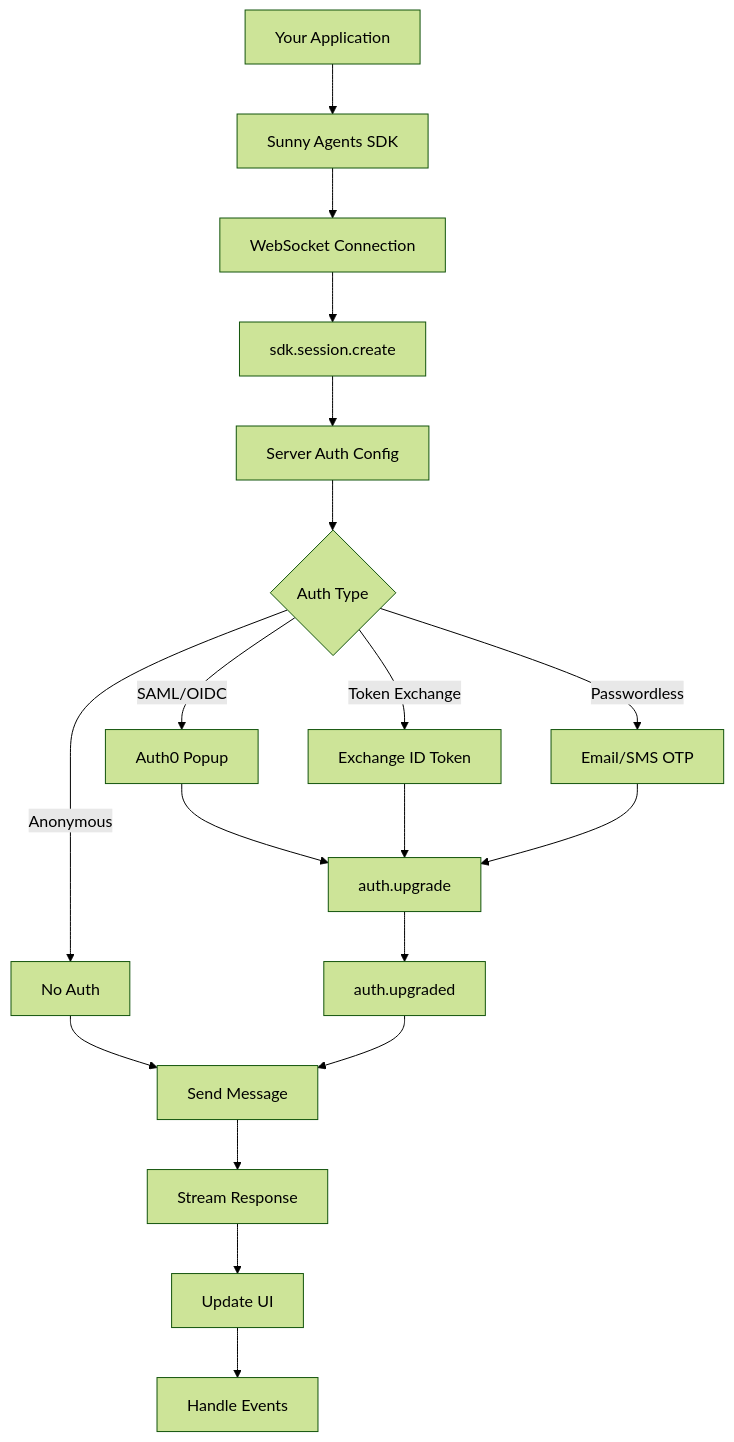
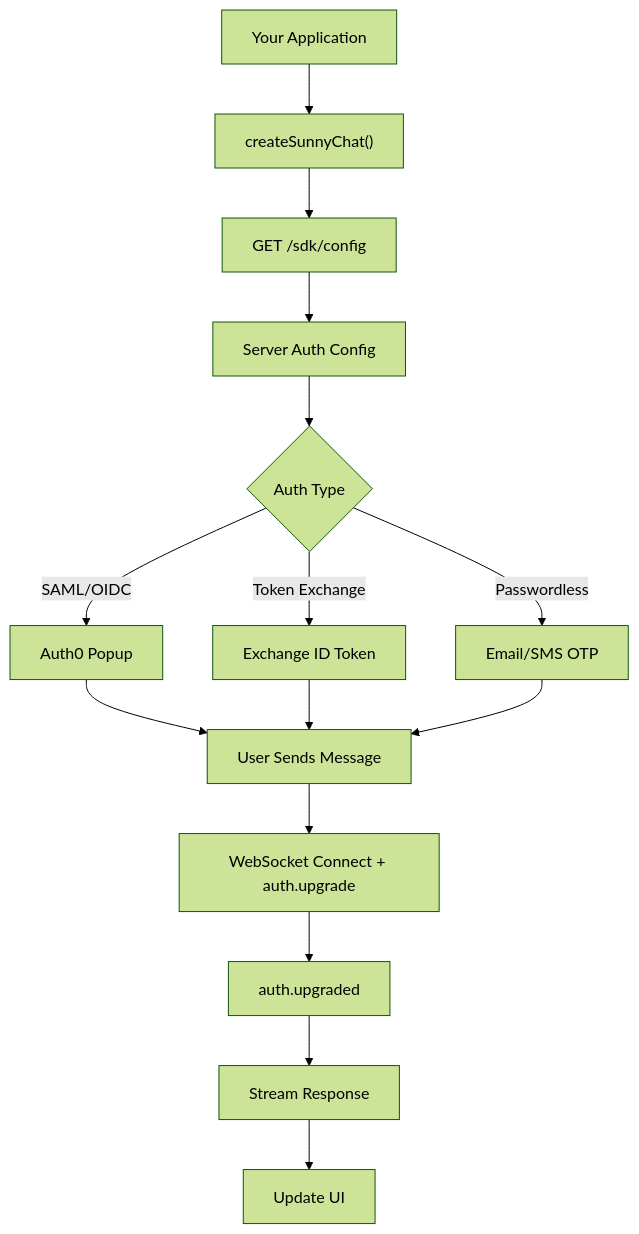
Before and after one commit to sunnyhealthai/docs: the diagram in fern/docs/pages/get-started/overview.mdx, drawn with Mermaid (forest theme). The commit also changed other lines of this file and 18 other files, not shown here.

````diff
--- a/fern/docs/pages/get-started/overview.mdx
+++ b/fern/docs/pages/get-started/overview.mdx
@@ -56,24 +54,20 @@
 ```mermaid
 graph TD
-    A[Your Application] --> B[Sunny Agents SDK]
-    B --> C[WebSocket Connection]
-    C --> D[sdk.session.create]
-    D --> E[Server Auth Config]
-    
-    E --> F{Auth Type}
-    F -->|SAML/OIDC| G[Auth0 Popup]
-    F -->|Token Exchange| H[Exchange ID Token]
-    F -->|Passwordless| I[Email/SMS OTP]
-    F -->|Anonymous| J[No Auth]
-    
-    G --> K[auth.upgrade]
-    H --> K
-    I --> K
-    J --> L[Send Message]
-    K --> M[auth.upgraded]
-    M --> L
-    
-    L --> N[Stream Response]
-    N --> O[Update UI]
-    O --> P[Handle Events]
+    A[Your Application] --> B["createSunnyChat()"]
+    B --> C["GET /sdk/config"]
+    C --> D[Server Auth Config]
+
+    D --> E{Auth Type}
+    E -->|SAML/OIDC| F[Auth0 Popup]
+    E -->|Token Exchange| G[Exchange ID Token]
+    E -->|Passwordless| H[Email/SMS OTP]
+
+    F --> I[User Sends Message]
+    G --> I
+    H --> I
+
+    I --> J[WebSocket Connect + auth.upgrade]
+    J --> K[auth.upgraded]
+    K --> L[Stream Response]
+    L --> M[Update UI]
 ```
````
